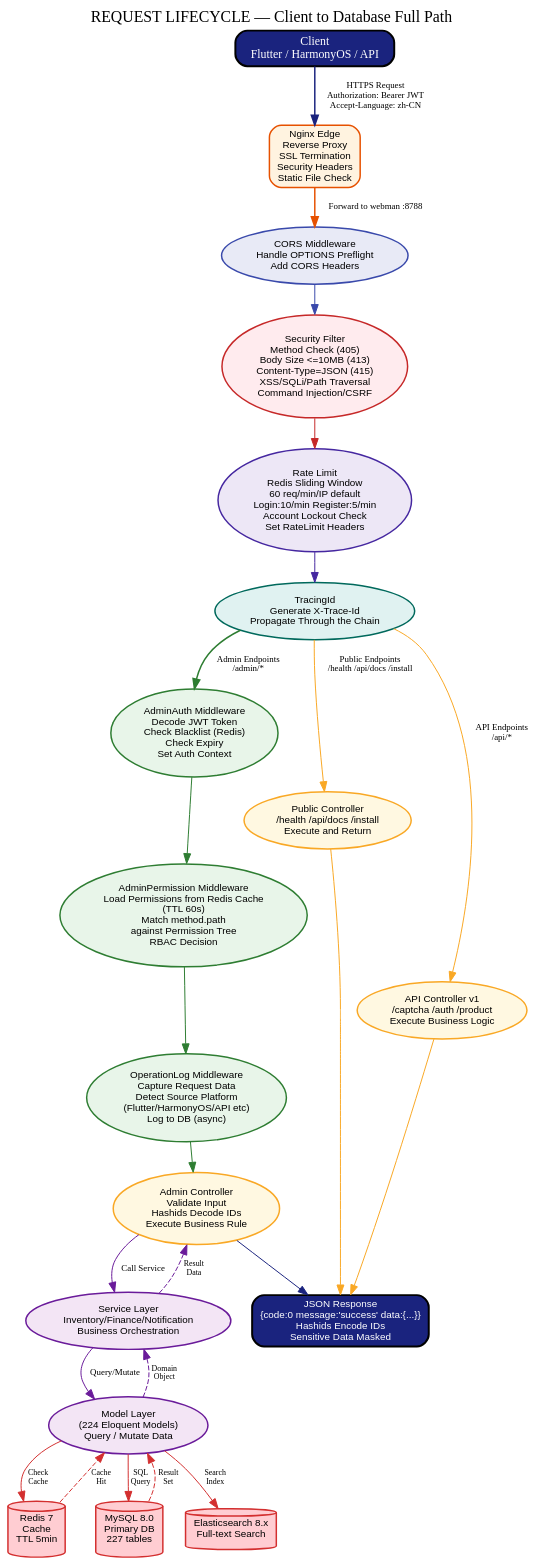
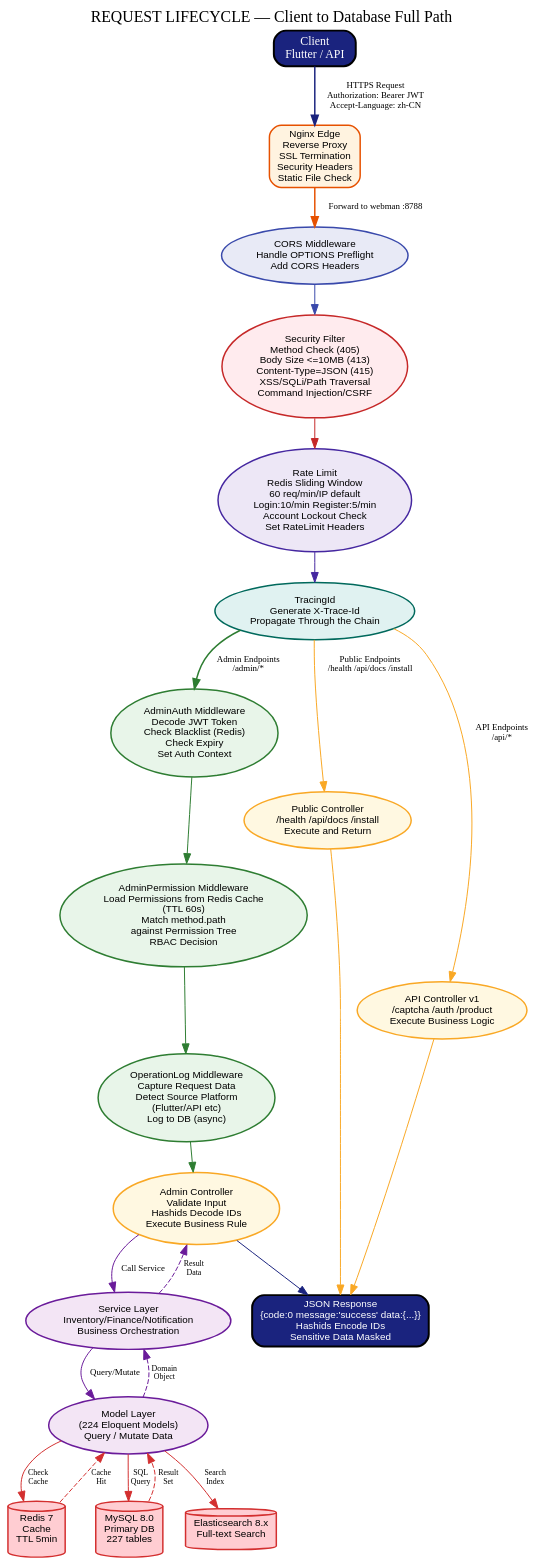
Before and after one commit to erikwang2013/erp-php: the diagram in docs/diagrams/request-lifecycle.dot, drawn with Graphviz. The commit also changed 652 other files, not shown here.

Commit message:
文档：仅保留中英文 README，清理已移除功能与过时图片

```diff
--- a/docs/diagrams/request-lifecycle.dot
+++ b/docs/diagrams/request-lifecycle.dot
@@ -1,92 +1,92 @@
 digraph RequestLifecycle {
     rankdir=TB;
     fontname="Arial";
     fontsize=14;
     bgcolor="transparent";
     nodesep=0.3;
     ranksep=0.4;
     compound=true;
 
     node [fontname="Arial", fontsize=10, style="filled,rounded", penwidth=1.5];
 
     // Header
     label="REQUEST LIFECYCLE — Client to Database Full Path";
     fontsize=16;
     fontname="Arial Bold";
     labelloc="t";
 
     // Client
-    client [label="Client\nFlutter / HarmonyOS / API", shape="box",
+    client [label="Client\nFlutter / API", shape="box",
             style="filled,rounded", fillcolor="#1a237e", fontcolor="white",
             fontsize=12, fontname="Arial Bold", penwidth=2];
 
     // Nginx
     nginx [label="Nginx Edge\nReverse Proxy\nSSL Termination\nSecurity Headers\nStatic File Check", shape="box",
            fillcolor="#fff3e0", color="#e65100", fontsize=10];
 
     // Middleware chain
     cors [label="CORS Middleware\nHandle OPTIONS Preflight\nAdd CORS Headers", fillcolor="#e8eaf6", color="#3949ab"];
     secfilter [label="Security Filter\nMethod Check (405)\nBody Size <=10MB (413)\nContent-Type=JSON (415)\nXSS/SQLi/Path Traversal\nCommand Injection/CSRF", fillcolor="#ffebee", color="#c62828"];
     ratelimit [label="Rate Limit\nRedis Sliding Window\n60 req/min/IP default\nLogin:10/min Register:5/min\nAccount Lockout Check\nSet RateLimit Headers", fillcolor="#ede7f6", color="#4527a0"];
     tracing [label="TracingId\nGenerate X-Trace-Id\nPropagate Through the Chain", fillcolor="#e0f2f1", color="#00695c"];
 
     // Auth
     adminauth [label="AdminAuth Middleware\nDecode JWT Token\nCheck Blacklist (Redis)\nCheck Expiry\nSet Auth Context", fillcolor="#e8f5e9", color="#2e7d32"];
     adminperm [label="AdminPermission Middleware\nLoad Permissions from Redis Cache\n(TTL 60s)\nMatch method.path\nagainst Permission Tree\nRBAC Decision", fillcolor="#e8f5e9", color="#2e7d32"];
-    oplog [label="OperationLog Middleware\nCapture Request Data\nDetect Source Platform\n(Flutter/HarmonyOS/API etc)\nLog to DB (async)", fillcolor="#e8f5e9", color="#2e7d32"];
+    oplog [label="OperationLog Middleware\nCapture Request Data\nDetect Source Platform\n(Flutter/API etc)\nLog to DB (async)", fillcolor="#e8f5e9", color="#2e7d32"];
 
     // Controllers
     node [fontsize=10];
     pubctrl [label="Public Controller\n/health /api/docs /install\nExecute and Return", fillcolor="#fff8e1", color="#f9a825"];
     apictrl [label="API Controller v1\n/captcha /auth /product\nExecute Business Logic", fillcolor="#fff8e1", color="#f9a825"];
     admctrl [label="Admin Controller\nValidate Input\nHashids Decode IDs\nExecute Business Rule", fillcolor="#fff8e1", color="#f9a825"];
 
     // Service and Data layers
     service [label="Service Layer\nInventory/Finance/Notification\nBusiness Orchestration", fillcolor="#f3e5f5", color="#6a1b9a"];
     model [label="Model Layer\n(224 Eloquent Models)\nQuery / Mutate Data", fillcolor="#f3e5f5", color="#6a1b9a"];
 
     // Storage
     redis [label="Redis 7\nCache\nTTL 5min", shape="cylinder", fillcolor="#ffcdd2", color="#d32f2f"];
     mysql [label="MySQL 8.0\nPrimary DB\n227 tables", shape="cylinder", fillcolor="#ffcdd2", color="#d32f2f"];
     es [label="Elasticsearch 8.x\nFull-text Search", shape="cylinder", fillcolor="#ffcdd2", color="#d32f2f"];
 
     // Response
     response [label="JSON Response\n{code:0 message:'success' data:{...}}\nHashids Encode IDs\nSensitive Data Masked", shape="box",
               fillcolor="#1a237e", fontcolor="white", fontsize=10, penwidth=2];
 
     // Edges
     client -> nginx [label="HTTPS Request\nAuthorization: Bearer JWT\nAccept-Language: zh-CN", fontsize=9, color="#1a237e", penwidth=1.5];
     nginx -> cors [label="Forward to webman :8788", fontsize=9, color="#e65100", penwidth=1.5];
 
     cors -> secfilter [color="#3949ab"];
     secfilter -> ratelimit [color="#c62828"];
     ratelimit -> tracing [color="#4527a0"];
 
     // Branch: Public
     tracing -> pubctrl [label="Public Endpoints\n/health /api/docs /install", fontsize=9, color="#f9a825"];
     pubctrl -> response [color="#f9a825"];
 
     // Branch: API
     tracing -> apictrl [label="API Endpoints\n/api/*", fontsize=9, color="#f9a825"];
     apictrl -> response [color="#f9a825"];
 
     // Branch: Admin
     tracing -> adminauth [label="Admin Endpoints\n/admin/*", fontsize=9, color="#2e7d32", penwidth=1.5];
     adminauth -> adminperm [color="#2e7d32"];
     adminperm -> oplog [color="#2e7d32"];
     oplog -> admctrl [color="#2e7d32"];
 
     admctrl -> service [label="Call Service", fontsize=9, color="#6a1b9a"];
     service -> model [label="Query/Mutate", fontsize=9, color="#6a1b9a"];
 
     model -> redis [label="Check\nCache", fontsize=8, color="#d32f2f"];
     redis -> model [label="Cache\nHit", fontsize=8, color="#d32f2f", style="dashed"];
     model -> mysql [label="SQL\nQuery", fontsize=8, color="#d32f2f"];
     mysql -> model [label="Result\nSet", fontsize=8, color="#d32f2f", style="dashed"];
     model -> es [label="Search\nIndex", fontsize=8, color="#d32f2f"];
 
     model -> service [label="Domain\nObject", fontsize=8, color="#6a1b9a", style="dashed"];
     service -> admctrl [label="Result\nData", fontsize=8, color="#6a1b9a", style="dashed"];
 
     admctrl -> response [color="#1a237e"];
 }
```
